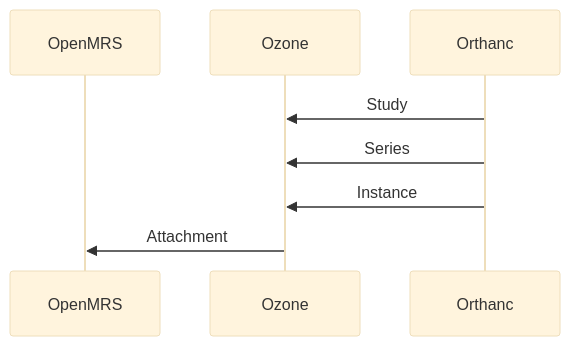
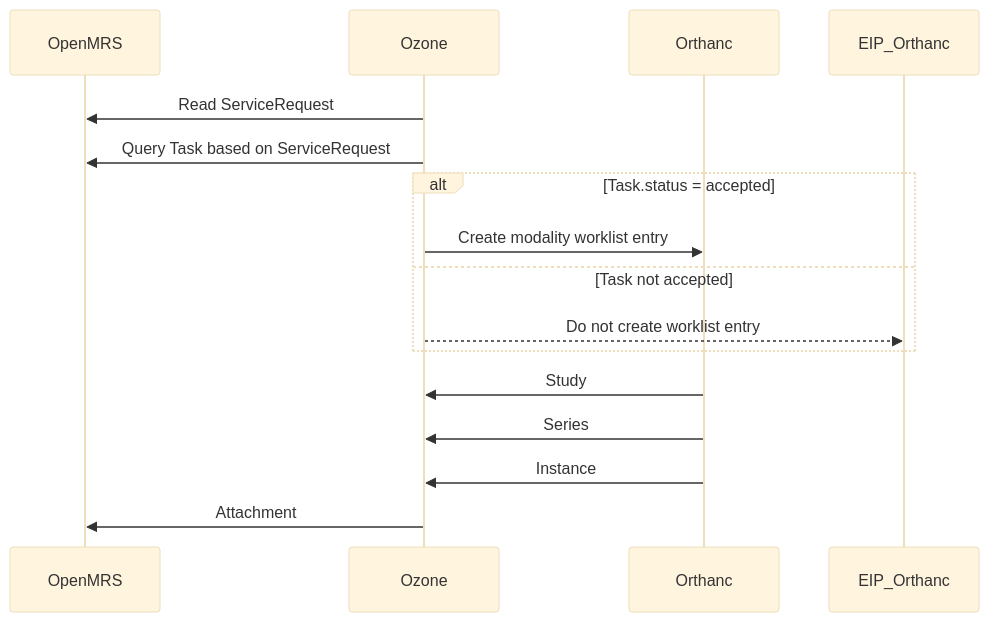
Before and after one commit to ozone-his/ozone-docs: the first of 5 diagrams in docs/users/openmrs-orthanc.md, drawn with Mermaid (base theme). The commit also changed other lines of this file and 1 other file, not shown here.

First line of the commit message:
docs: document the radiology payment Task flow and Orthanc FHIR capabilities

````diff
--- a/docs/users/openmrs-orthanc.md
+++ b/docs/users/openmrs-orthanc.md
@@ -5,10 +5,17 @@
 ``` mermaid
     sequenceDiagram
         participant OpenMRS
         participant Ozone
         participant Orthanc
+        Ozone->>OpenMRS: Read ServiceRequest
+        Ozone->>OpenMRS: Query Task based on ServiceRequest
+        alt Task.status = accepted
+            Ozone->>Orthanc: Create modality worklist entry
+        else Task not accepted
+            Ozone-->>EIP_Orthanc: Do not create worklist entry
+        end
         Orthanc->>Ozone: Study
         Orthanc->>Ozone: Series
         Orthanc->>Ozone: Instance
         Ozone->>OpenMRS: Attachment
 ```
````
